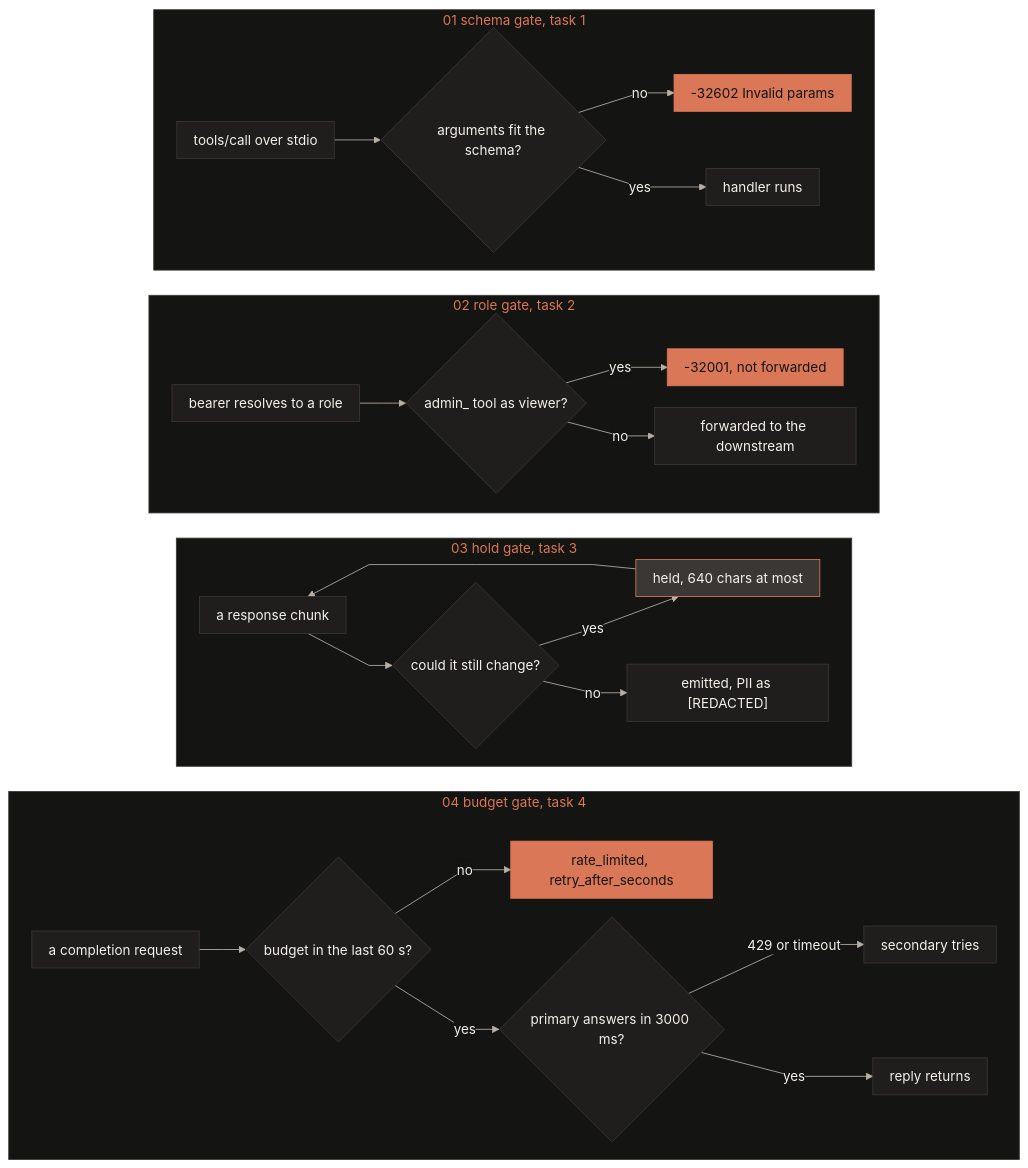
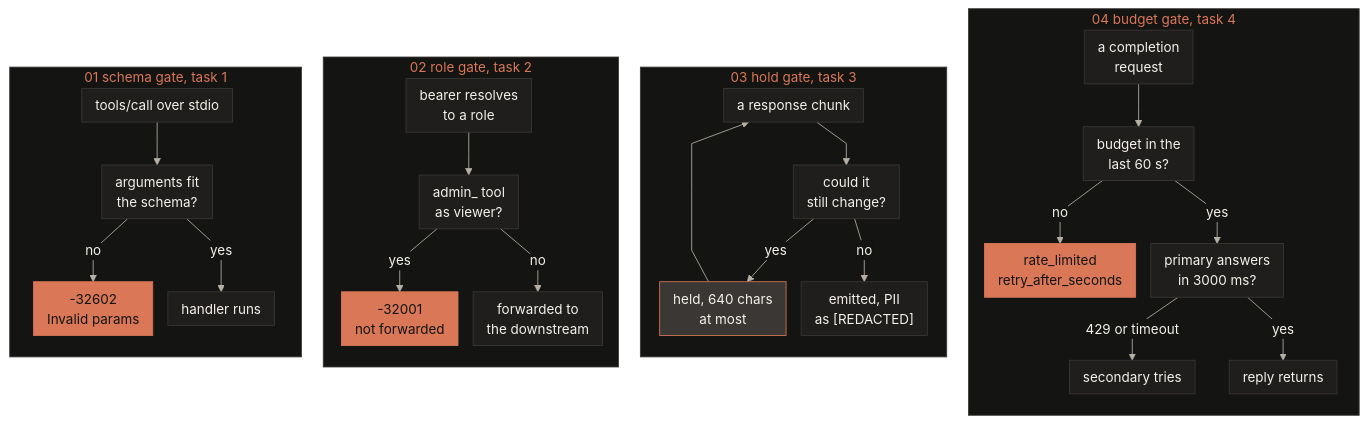
One commit to jameswniu/quilr-fde-assessment changed the diagram in README.md. Above: the diagram before and after it, drawn with Mermaid. The commit also changed 1 other file, not shown here.

Commit message:
Lay the mermaid lanes side by side so GitHub does not scale the text down

````diff
--- a/README.md
+++ b/README.md
@@ -142,36 +142,36 @@
 ```mermaid
-%%{init: {"theme": "base", "themeVariables": {"primaryColor": "#1F1E1D", "primaryTextColor": "#F4F1EA", "primaryBorderColor": "#3A3734", "lineColor": "#B8B0A4", "textColor": "#F4F1EA", "clusterBkg": "#141413", "clusterBorder": "#3A3734", "titleColor": "#D97757", "edgeLabelBackground": "#141413", "fontFamily": "SFMono-Regular,Menlo,Consolas,Liberation Mono,monospace", "fontSize": "16px"}, "flowchart": {"curve": "linear", "nodeSpacing": 22, "rankSpacing": 30, "padding": 10}}}%%
-flowchart TB
+%%{init: {"theme": "base", "themeVariables": {"primaryColor": "#1F1E1D", "primaryTextColor": "#F4F1EA", "primaryBorderColor": "#3A3734", "lineColor": "#B8B0A4", "textColor": "#F4F1EA", "clusterBkg": "#141413", "clusterBorder": "#3A3734", "titleColor": "#D97757", "edgeLabelBackground": "#141413", "fontFamily": "SFMono-Regular,Menlo,Consolas,Liberation Mono,monospace", "fontSize": "16px"}, "flowchart": {"curve": "linear", "nodeSpacing": 18, "rankSpacing": 26, "padding": 8}}}%%
+flowchart LR
   subgraph S1["01 schema gate, task 1"]
-    direction LR
-    A1["tools/call over stdio"] --> A2{"arguments fit the schema?"}
-    A2 -- no --> A3["-32602 Invalid params"]
+    direction TB
+    A1["tools/call over stdio"] --> A2["arguments fit<br/>the schema?"]
+    A2 -- no --> A3["-32602<br/>Invalid params"]
     A2 -- yes --> A4["handler runs"]
   end
   subgraph S2["02 role gate, task 2"]
-    direction LR
-    B1["bearer resolves to a role"] --> B2{"admin_ tool as viewer?"}
-    B2 -- yes --> B3["-32001, not forwarded"]
-    B2 -- no --> B4["forwarded to the downstream"]
+    direction TB
+    B1["bearer resolves<br/>to a role"] --> B2["admin_ tool<br/>as viewer?"]
+    B2 -- yes --> B3["-32001<br/>not forwarded"]
+    B2 -- no --> B4["forwarded to<br/>the downstream"]
   end
   subgraph S3["03 hold gate, task 3"]
-    direction LR
-    C1["a response chunk"] --> C2{"could it still change?"}
-    C2 -- yes --> C3["held, 640 chars at most"]
+    direction TB
+    C1["a response chunk"] --> C2["could it<br/>still change?"]
+    C2 -- yes --> C3["held, 640 chars<br/>at most"]
     C3 --> C1
-    C2 -- no --> C4["emitted, PII as [REDACTED]"]
+    C2 -- no --> C4["emitted, PII<br/>as [REDACTED]"]
   end
   subgraph S4["04 budget gate, task 4"]
-    direction LR
-    D1["a completion request"] --> D2{"budget in the last 60 s?"}
-    D2 -- no --> D3["rate_limited, retry_after_seconds"]
-    D2 -- yes --> D4{"primary answers in 3000 ms?"}
+    direction TB
+    D1["a completion<br/>request"] --> D2["budget in the<br/>last 60 s?"]
+    D2 -- no --> D3["rate_limited<br/>retry_after_seconds"]
+    D2 -- yes --> D4["primary answers<br/>in 3000 ms?"]
     D4 -- "429 or timeout" --> D5["secondary tries"]
     D4 -- yes --> D6["reply returns"]
   end
   S1 ~~~ S2 ~~~ S3 ~~~ S4
   classDef stop fill:#D97757,stroke:#D97757,color:#141413
   classDef hold fill:#3A3734,stroke:#D97757,color:#F4F1EA
   class A3,B3,D3 stop
   class C3 hold
 ```
````
